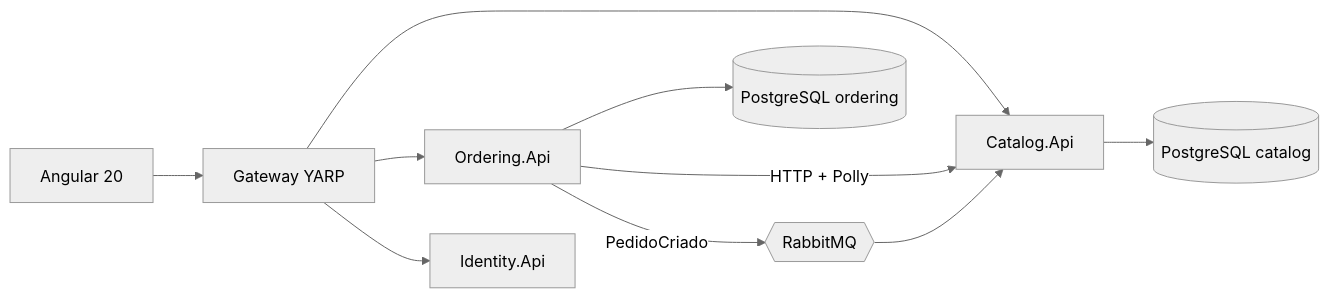
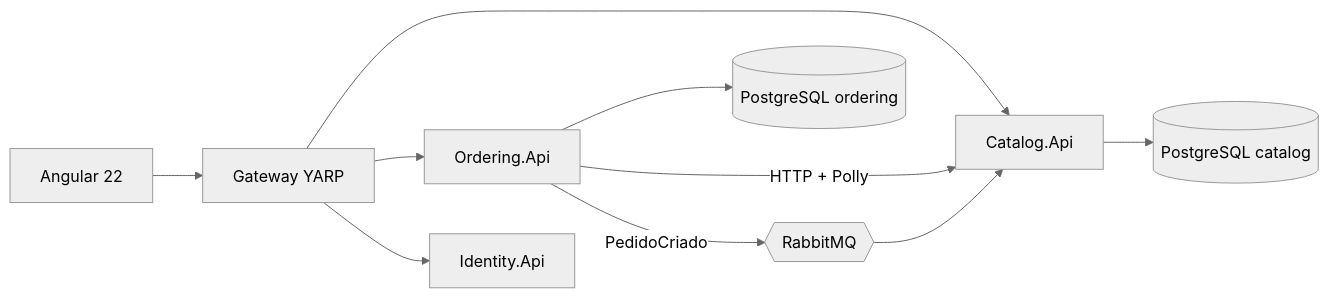
Before and after one commit to renatosilva1983/store-microservices: the diagram in README.md, drawn with Mermaid (neutral theme). The commit also changed other lines of this file and 2 other files, not shown here.

Commit message:
docs: front passa a usar Angular 22 (versão mais recente)
- README, CLAUDE.md e ADR-10/ADR-24 atualizados
- Requisitos registrados: Node ^22.22.3 ou ^24.15.0 e TypeScript 6.0

Claude-Session: https://claude.ai/code/session_01X9PcLNsmn7Bh4ZB8q1hv1h

````diff
--- a/README.md
+++ b/README.md
@@ -8,12 +8,12 @@
 ```mermaid
 flowchart LR
-    W[Angular 20] --> G[Gateway YARP]
+    W[Angular 22] --> G[Gateway YARP]
     G --> C[Catalog.Api]
     G --> O[Ordering.Api]
     G --> I[Identity.Api]
     C --> CDB[(PostgreSQL catalog)]
     O --> ODB[(PostgreSQL ordering)]
     O -- HTTP + Polly --> C
     O -- PedidoCriado --> R{{RabbitMQ}}
     R --> C
 ```
````
